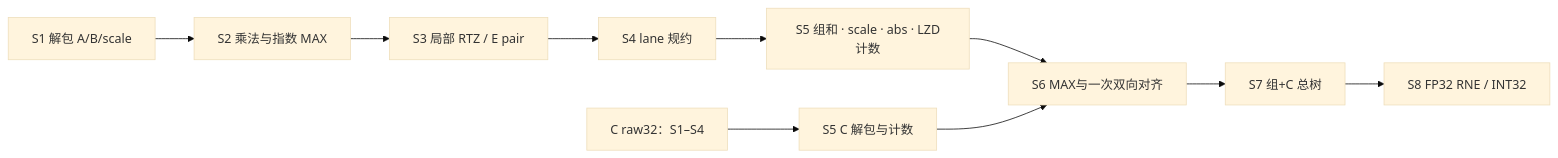
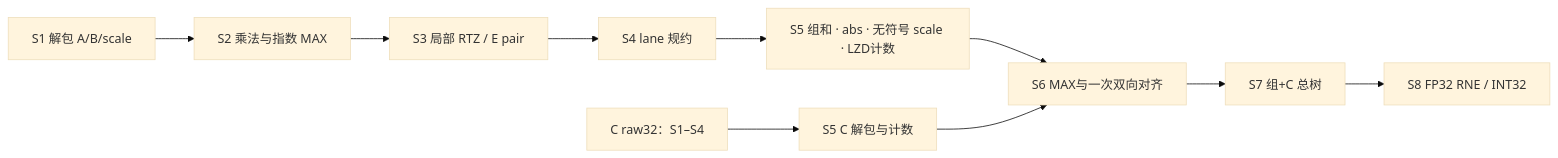
One commit to Futuresxy/DP-Puzzel changed the diagram in src/spec/dp/pipeline.md. Above: the diagram before and after it, drawn with Mermaid (base theme). The commit also changed other lines of this file and 19 other files, not shown here.

````diff
--- a/src/spec/dp/pipeline.md
+++ b/src/spec/dp/pipeline.md
@@ -20,12 +20,12 @@
 ```mermaid
 flowchart LR
   A["S1 解包 A/B/scale"] --> B["S2 乘法与指数 MAX"]
   B --> C["S3 局部 RTZ / E pair"]
   C --> D["S4 lane 规约"]
-  D --> E["S5 组和 · scale · abs · LZD计数"]
+  D --> E["S5 组和 · abs · 无符号 scale · LZD计数"]
   R["C raw32：S1–S4"] --> U["S5 C 解包与计数"]
   E --> F["S6 MAX与一次双向对齐"]
   U --> F
   F --> G["S7 组+C 总树"]
   G --> H["S8 FP32 RNE / INT32"]
 ```
````
